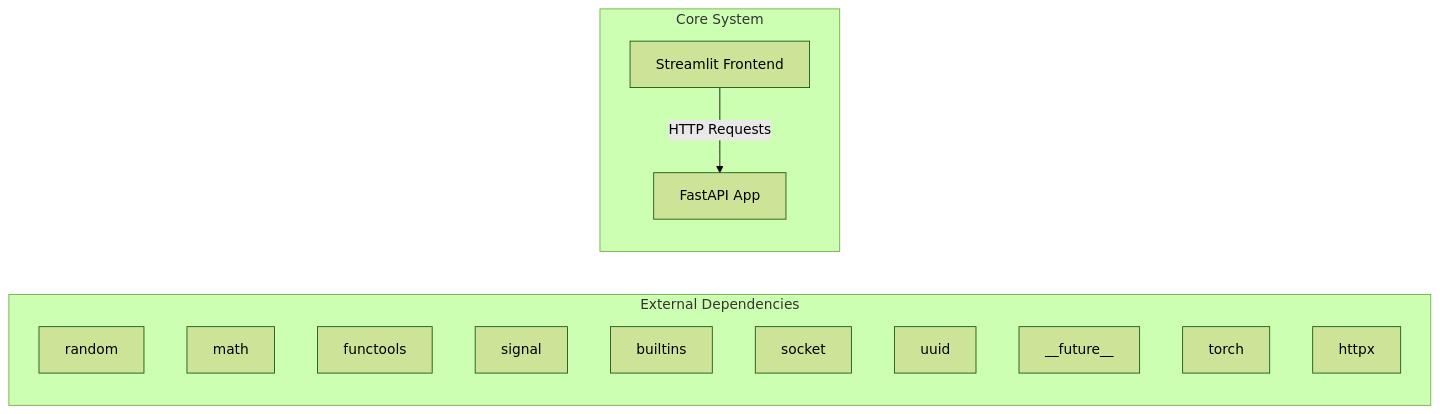
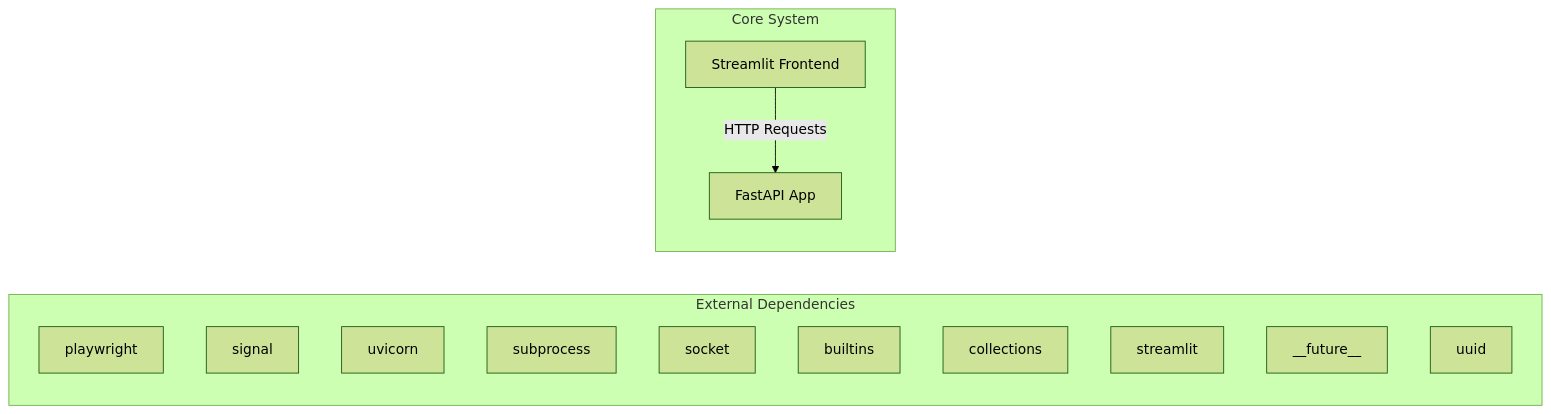
Before and after one commit to NITISH-R-G/rag-context-optimizer: the first of 2 diagrams in docs/architecture.md, drawn with Mermaid (forest theme). The commit also changed 1 other file, not shown here.

Commit message:
docs: auto-update repository knowledge, architecture diagrams, and documentation

````diff
--- a/docs/architecture.md
+++ b/docs/architecture.md
@@ -7,20 +7,20 @@
 ```mermaid
 graph LR
     subgraph External Dependencies
-        E0["random"]
-        E1["math"]
-        E2["functools"]
-        E3["signal"]
-        E4["builtins"]
-        E5["socket"]
-        E6["uuid"]
-        E7["__future__"]
-        E8["torch"]
-        E9["httpx"]
+        E0["playwright"]
+        E1["signal"]
+        E2["uvicorn"]
+        E3["subprocess"]
+        E4["socket"]
+        E5["builtins"]
+        E6["collections"]
+        E7["streamlit"]
+        E8["__future__"]
+        E9["uuid"]
     end
     subgraph Core System
         API["FastAPI App"]
         UI["Streamlit Frontend"]
     end
     UI -->|HTTP Requests| API
 ```
````
